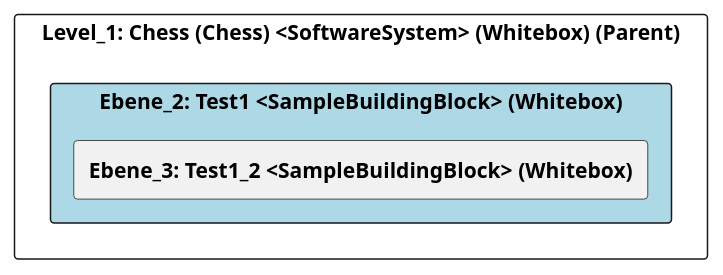
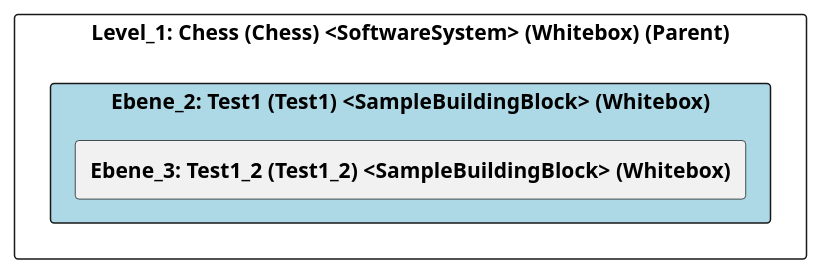
One commit to marcozwyssig/cleon changed the diagram in src/cleon.architecturemethods.arc42.sample/doc/cleon_architecturemethods_arc42_sample_arc42/adoc/de/05_bausteinsicht/chess/test1/ebene_2_test1.adoc. Above: the diagram before and after it, drawn with PlantUML. The commit also changed other lines of this file and 166 other files, not shown here.

```diff
--- a/src/cleon.architecturemethods.arc42.sample/doc/cleon_architecturemethods_arc42_sample_arc42/adoc/de/05_bausteinsicht/chess/test1/ebene_2_test1.adoc
+++ b/src/cleon.architecturemethods.arc42.sample/doc/cleon_architecturemethods_arc42_sample_arc42/adoc/de/05_bausteinsicht/chess/test1/ebene_2_test1.adoc
@@ -22,26 +22,26 @@
-[plantuml, Ebene_2: Test1 <SampleBuildingBlock> (Whitebox)BlockOverview, format="svg"]
+[plantuml, Ebene_2: Test1 (Test1) <SampleBuildingBlock> (Whitebox)BlockOverview, format="svg"]
 ----
-@startuml Ebene_2: Test1 <SampleBuildingBlock> (Whitebox)BuildingBlockOverview
+@startuml Ebene_2: Test1 (Test1) <SampleBuildingBlock> (Whitebox)BuildingBlockOverview
 
 skinparam ranksep 10
 skinparam componentStyle rectangle
 skinparam shadowing false
 skinparam arrowColor lightblue
 skinparam arrowThickness 1.2
 skinparam rectangle {
   BackgroundColor White
   BorderColor #333
   RoundCorner 10
 }
 top to bottom direction
 
 component "Level_1: Chess (Chess) <SoftwareSystem> (Whitebox) (Parent)" {
-    component "Ebene_2: Test1 <SampleBuildingBlock> (Whitebox)" #lightblue {
-        [**Ebene_3: Test1_2 <SampleBuildingBlock> (Whitebox)**] as 489CD282_D579_11EE_903E_9F564E4DE07E
+    component "Ebene_2: Test1 (Test1) <SampleBuildingBlock> (Whitebox)" #lightblue {
+        [**Ebene_3: Test1_2 (Test1_2) <SampleBuildingBlock> (Whitebox)**] as 489CD282_D579_11EE_903E_9F564E4DE07E
     }
 
     
 }
 
 @enduml
 ----
```
